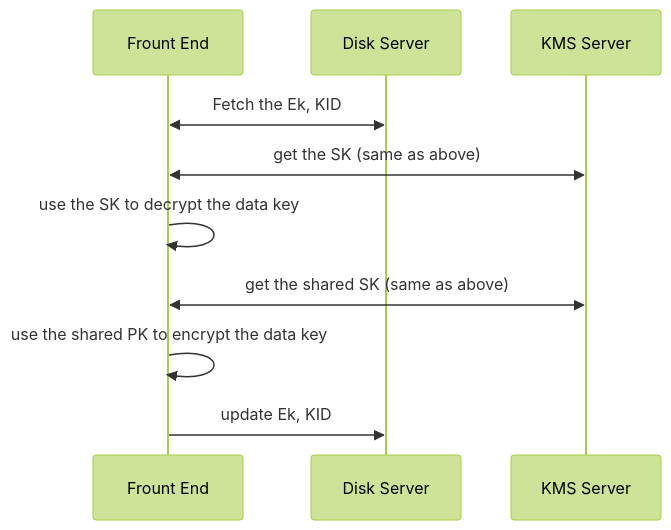
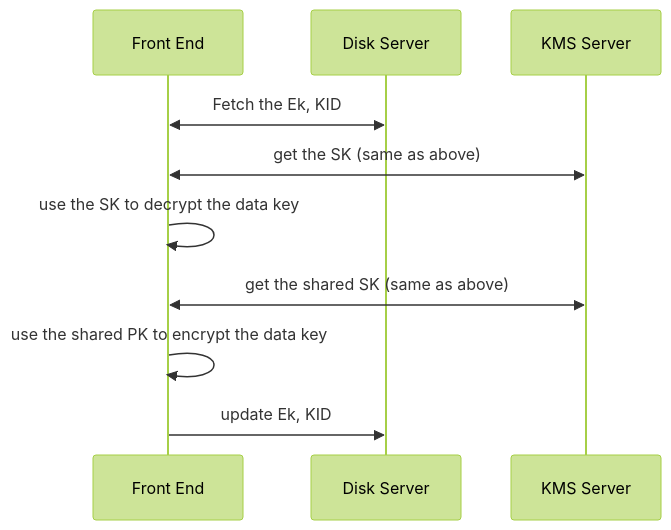
The third of 3 diagrams in README.md (nakiridaisuki/CEFP_Disk), drawn with Mermaid (forest theme) before and after one commit. The commit also changed other lines of this file, not shown here.

````diff
--- a/README.md
+++ b/README.md
@@ -77,18 +77,18 @@
 ```mermaid
 sequenceDiagram
 
-participant A as Frount End
+participant A as Front End
 participant B as Disk Server
 participant C as KMS Server
 
 B <<->> A: Fetch the Ek, KID
 
 A <<->> C: get the SK (same as above)
 
 A ->> A: use the SK to decrypt the data key
 
 A <<->> C: get the shared SK (same as above)
 
 A ->> A: use the shared PK to encrypt the data key
 A ->> B: update Ek, KID
 ```
````
